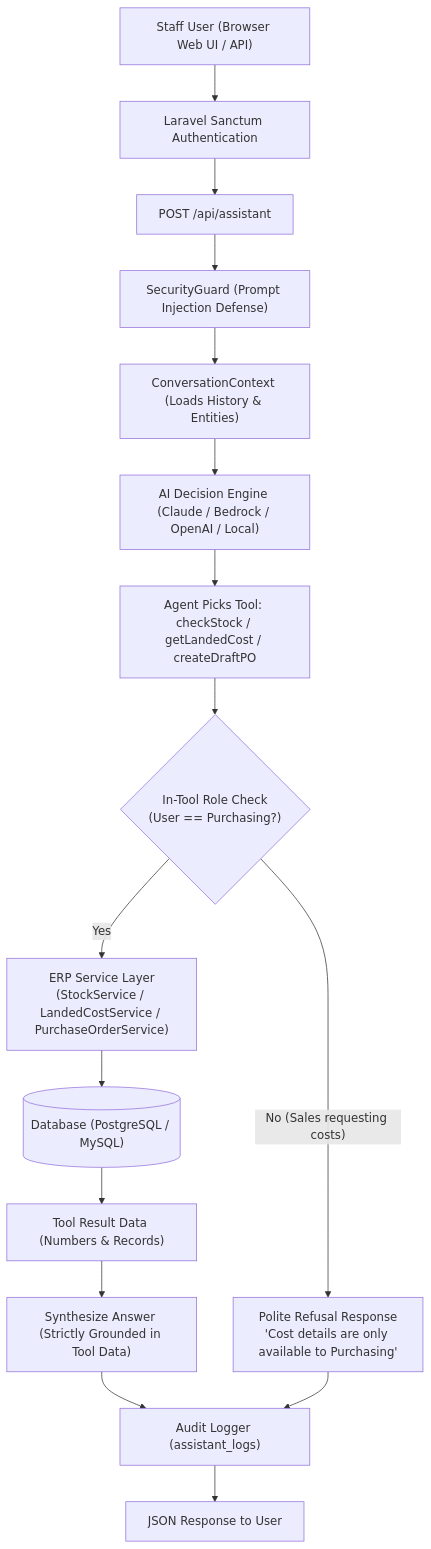
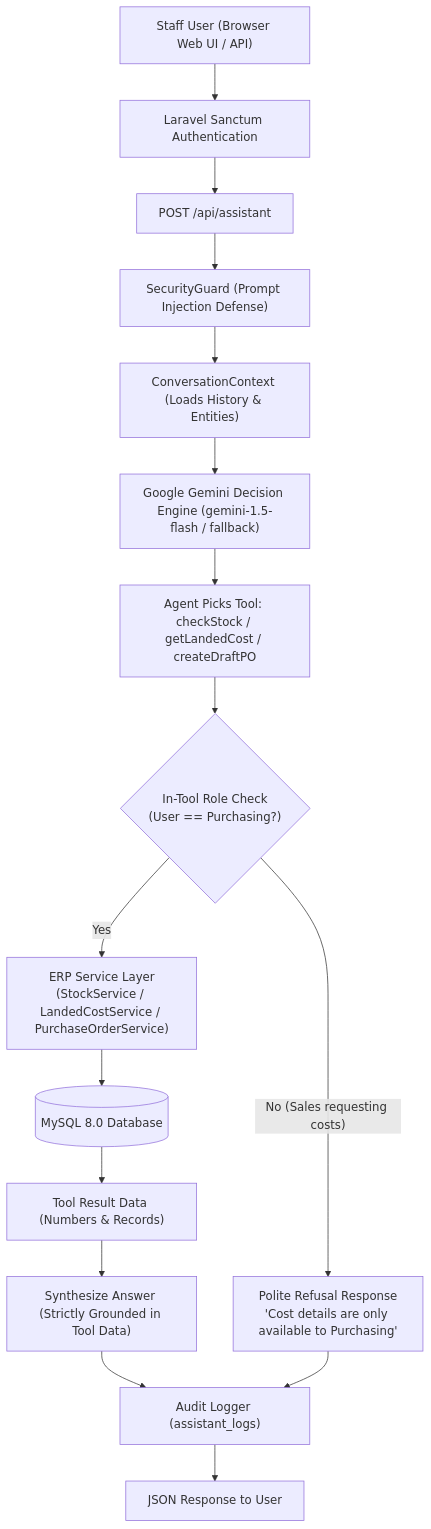
One commit to drokade981/Marble-Stones changed the diagram in README.md. Above: the diagram before and after it, drawn with Mermaid. The commit also changed other lines of this file and 54 other files, not shown here.

Commit message:
Replace PostgreSQL with MySQL 8.0 and configure Google Gemini as primary LLM

````diff
--- a/README.md
+++ b/README.md
@@ -114,18 +116,18 @@
 ```mermaid
 flowchart TD
     User["Staff User (Browser Web UI / API)"] --> Auth["Laravel Sanctum Authentication"]
     Auth --> Request["POST /api/assistant"]
     Request --> Guard["SecurityGuard (Prompt Injection Defense)"]
     Guard --> Conv["ConversationContext (Loads History & Entities)"]
-    Conv --> Agent["AI Decision Engine (Claude / Bedrock / OpenAI / Local)"]
+    Conv --> Agent["Google Gemini Decision Engine (gemini-1.5-flash / fallback)"]
     Agent --> ToolCall["Agent Picks Tool: checkStock / getLandedCost / createDraftPO"]
     ToolCall --> RoleCheck{"In-Tool Role Check<br>(User == Purchasing?)"}
     RoleCheck -- "No (Sales requesting costs)" --> Refusal["Polite Refusal Response<br>'Cost details are only available to Purchasing'"]
     RoleCheck -- "Yes" --> Service["ERP Service Layer<br>(StockService / LandedCostService / PurchaseOrderService)"]
-    Service --> DB[("Database (PostgreSQL / MySQL)")]
+    Service --> DB[("MySQL 8.0 Database")]
     DB --> ToolResult["Tool Result Data (Numbers & Records)"]
     ToolResult --> Synthesis["Synthesize Answer (Strictly Grounded in Tool Data)"]
     Synthesis --> Logger["Audit Logger (assistant_logs)"]
     Refusal --> Logger
     Logger --> Response["JSON Response to User"]
 ```
````
